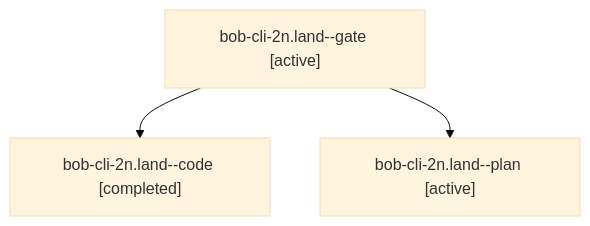
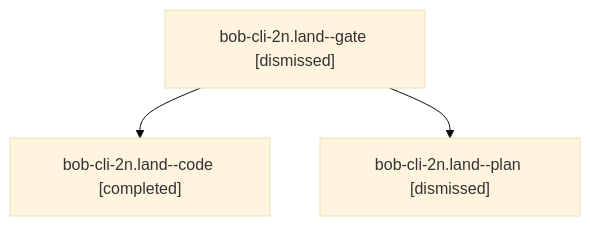
Before and after one commit to bobs-org/bob-cli--agents: the diagram in sessions/bbugyi200.apollo.bob-cli-2n.land.md, drawn with Mermaid (base theme). The commit also changed other lines of this file and 135 other files, not shown here.

````diff
--- a/sessions/bbugyi200.apollo.bob-cli-2n.land.md
+++ b/sessions/bbugyi200.apollo.bob-cli-2n.land.md
@@ -9,8 +9,8 @@
 ```mermaid
 flowchart TD
-  n0["bob-cli-2n.land--gate [active]"]
+  n0["bob-cli-2n.land--gate [dismissed]"]
   n1["bob-cli-2n.land--code [completed]"]
   n0 --> n1
-  n2["bob-cli-2n.land--plan [active]"]
+  n2["bob-cli-2n.land--plan [dismissed]"]
   n0 --> n2
 ```
````
